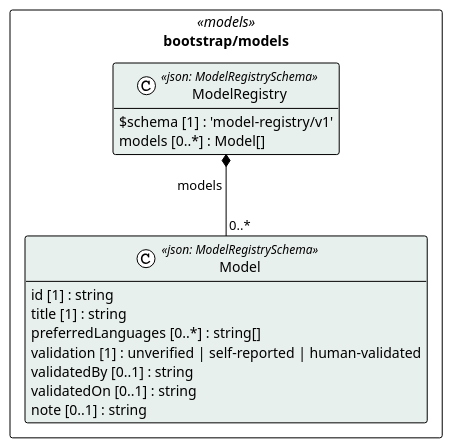
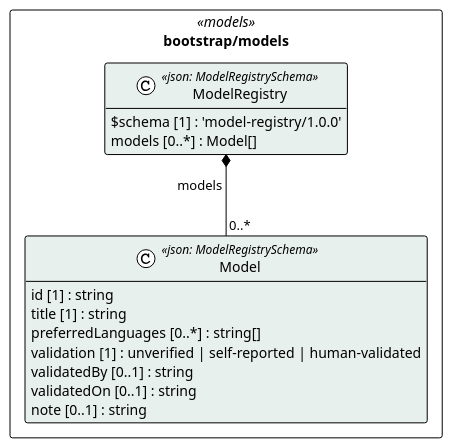
The diagram in cat-harness/uml/overview/bootstrap/models.puml (litlfred/folio-assistant), drawn with PlantUML before and after one commit. The commit also changed 332 other files, not shown here.

```diff
--- a/cat-harness/uml/overview/bootstrap/models.puml
+++ b/cat-harness/uml/overview/bootstrap/models.puml
@@ -3,26 +3,26 @@
 @startuml bootstrap_models
 !pragma layout elk
 !theme plain
 skinparam classAttributeIconSize 0
 skinparam shadowing false
 skinparam packageStyle rectangle
 hide empty methods
 
 package "bootstrap/models" as pkg_bootstrap_models <<models>> {
   class "Model" as bootstrap_models_Model <<json: ModelRegistrySchema>> #e8f0ee {
     id [1] : string
     title [1] : string
     preferredLanguages [0..*] : string[]
     validation [1] : unverified | self-reported | human-validated
     validatedBy [0..1] : string
     validatedOn [0..1] : string
     note [0..1] : string
   }
   class "ModelRegistry" as bootstrap_models_ModelRegistry <<json: ModelRegistrySchema>> #e8f0ee {
-    $schema [1] : 'model-registry/v1'
+    $schema [1] : 'model-registry/1.0.0'
     models [0..*] : Model[]
   }
 }
 
 bootstrap_models_ModelRegistry *-- "0..*" bootstrap_models_Model : models
 @enduml
```
